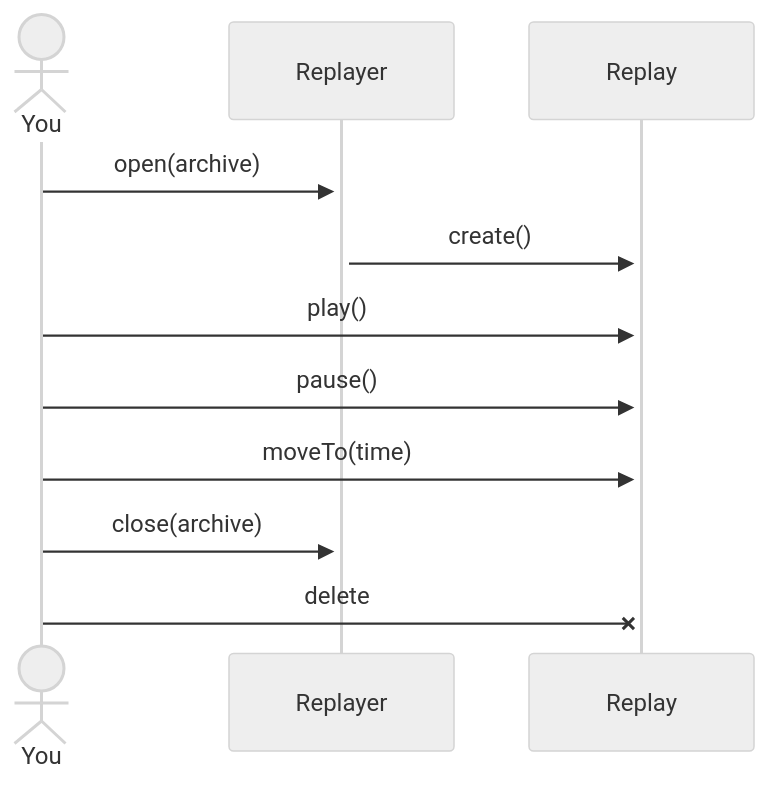
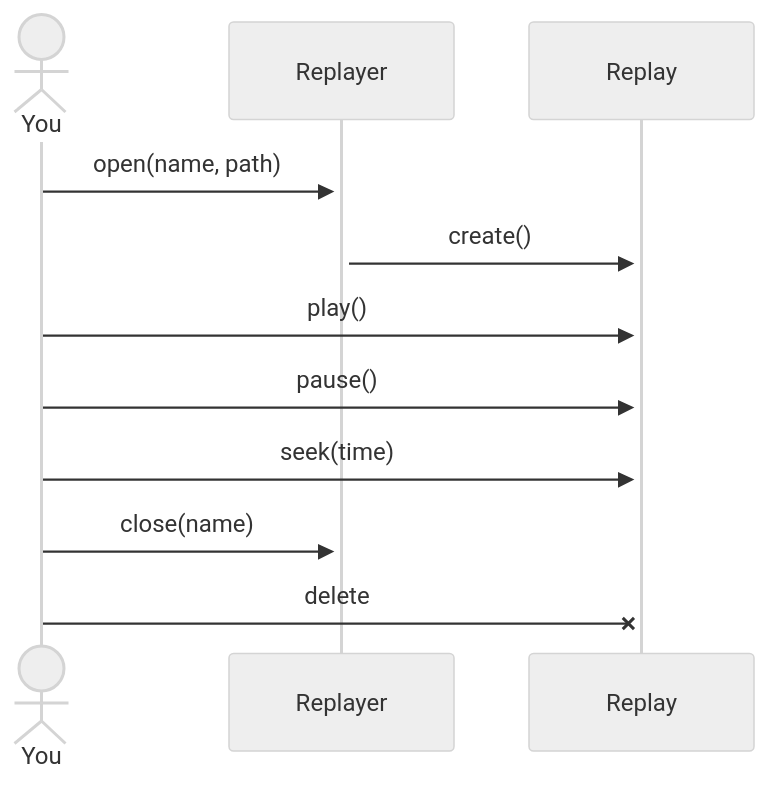
Before and after one commit to airbus/sen: the diagram in docs/components/replaying.md, drawn with Mermaid (neutral theme). The commit also changed other lines of this file and 131 other files, not shown here.

````diff
--- a/docs/components/replaying.md
+++ b/docs/components/replaying.md
@@ -49,12 +54,12 @@
 ```mermaid
 sequenceDiagram
     actor You
-    You->>+Replayer: open(archive)
+    You->>+Replayer: open(name, path)
     Replayer->>+Replay: create()
     You->>+Replay: play()
 
     You->>+Replay: pause()
-    You->>+Replay: moveTo(time)
-    You->>+Replayer: close(archive)
+    You->>+Replay: seek(time)
+    You->>+Replayer: close(name)
     You-xReplay: delete
 ```
````
